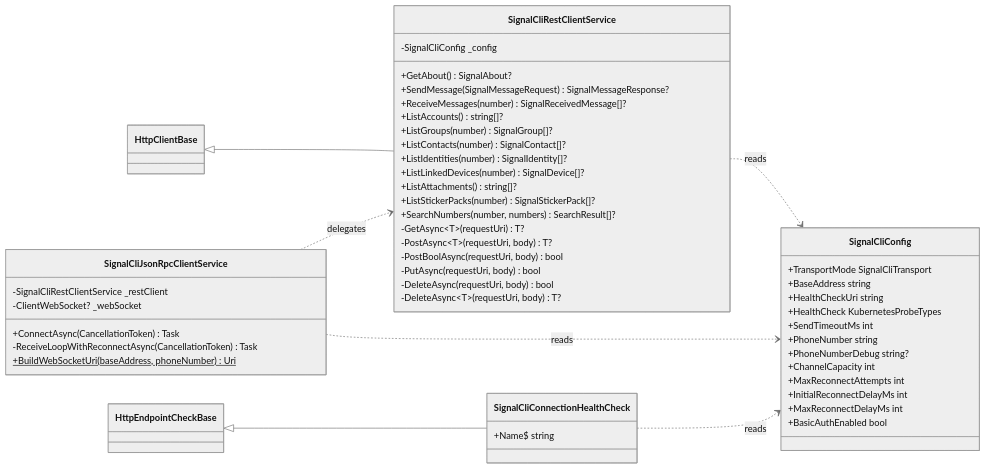
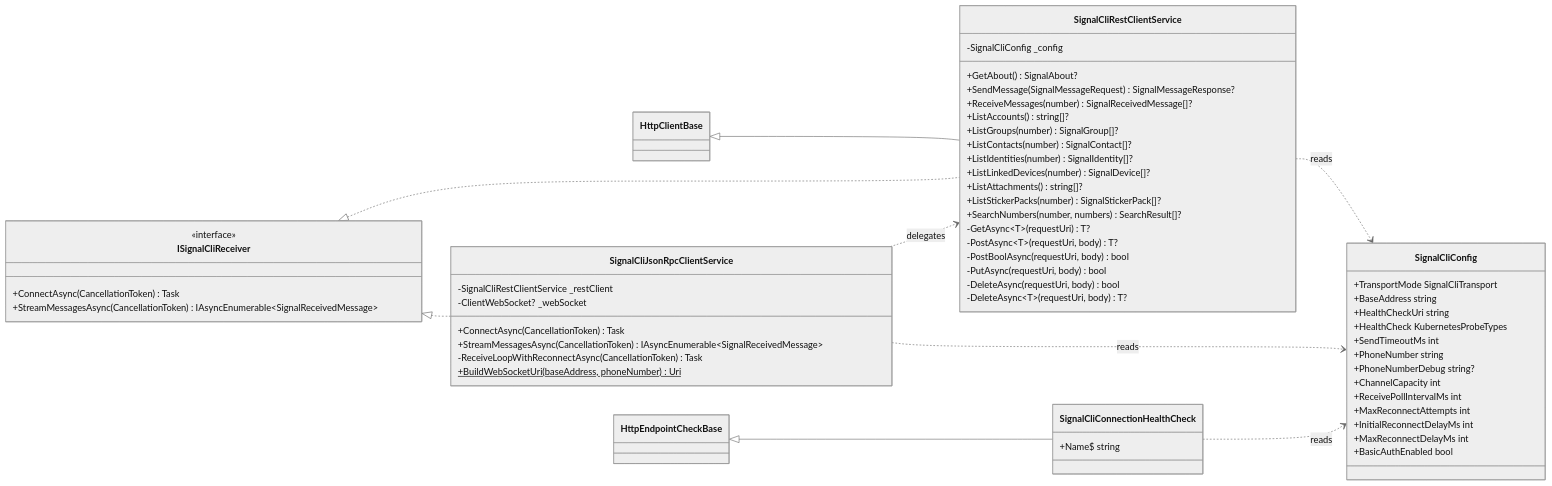
One commit to f2calv/SmartHaus changed the first of 2 diagrams in src/CasCap.Api.SignalCli/README.md. Above: the diagram before and after it, drawn with Mermaid (neutral theme). The commit also changed other lines of this file and 7 other files, not shown here.

First line of the commit message:
Accept cancellation tokens and expose a message stream

````diff
--- a/src/CasCap.Api.SignalCli/README.md
+++ b/src/CasCap.Api.SignalCli/README.md
@@ -218,60 +253,70 @@
 ```mermaid
 classDiagram
     direction LR
 
     HttpClientBase <|-- SignalCliRestClientService
     HttpEndpointCheckBase <|-- SignalCliConnectionHealthCheck
+    ISignalCliReceiver <|.. SignalCliRestClientService
+    ISignalCliReceiver <|.. SignalCliJsonRpcClientService
     SignalCliJsonRpcClientService ..> SignalCliRestClientService : delegates
+
+    class ISignalCliReceiver {
+        <<interface>>
+        +ConnectAsync(CancellationToken) Task
+        +StreamMessagesAsync(CancellationToken) IAsyncEnumerable~SignalReceivedMessage~
+    }
 
     class SignalCliRestClientService {
         -SignalCliConfig _config
         +GetAbout() SignalAbout?
         +SendMessage(SignalMessageRequest) SignalMessageResponse?
         +ReceiveMessages(number) SignalReceivedMessage[]?
         +ListAccounts() string[]?
         +ListGroups(number) SignalGroup[]?
         +ListContacts(number) SignalContact[]?
         +ListIdentities(number) SignalIdentity[]?
         +ListLinkedDevices(number) SignalDevice[]?
         +ListAttachments() string[]?
         +ListStickerPacks(number) SignalStickerPack[]?
         +SearchNumbers(number, numbers) SearchResult[]?
         -GetAsync~T~(requestUri) T?
         -PostAsync~T~(requestUri, body) T?
         -PostBoolAsync(requestUri, body) bool
         -PutAsync(requestUri, body) bool
         -DeleteAsync(requestUri, body) bool
         -DeleteAsync~T~(requestUri, body) T?
     }
 
     class SignalCliJsonRpcClientService {
         -SignalCliRestClientService _restClient
         -ClientWebSocket? _webSocket
         +ConnectAsync(CancellationToken) Task
+        +StreamMessagesAsync(CancellationToken) IAsyncEnumerable~SignalReceivedMessage~
         -ReceiveLoopWithReconnectAsync(CancellationToken) Task
         +BuildWebSocketUri(baseAddress, phoneNumber)$ Uri
     }
 
     class SignalCliConnectionHealthCheck {
         +Name$ string
     }
 
     class SignalCliConfig {
         +TransportMode SignalCliTransport
         +BaseAddress string
         +HealthCheckUri string
         +HealthCheck KubernetesProbeTypes
         +SendTimeoutMs int
         +PhoneNumber string
         +PhoneNumberDebug string?
         +ChannelCapacity int
+        +ReceivePollIntervalMs int
         +MaxReconnectAttempts int
         +InitialReconnectDelayMs int
         +MaxReconnectDelayMs int
         +BasicAuthEnabled bool
     }
 
     SignalCliRestClientService ..> SignalCliConfig : reads
     SignalCliJsonRpcClientService ..> SignalCliConfig : reads
     SignalCliConnectionHealthCheck ..> SignalCliConfig : reads
 ```
````
